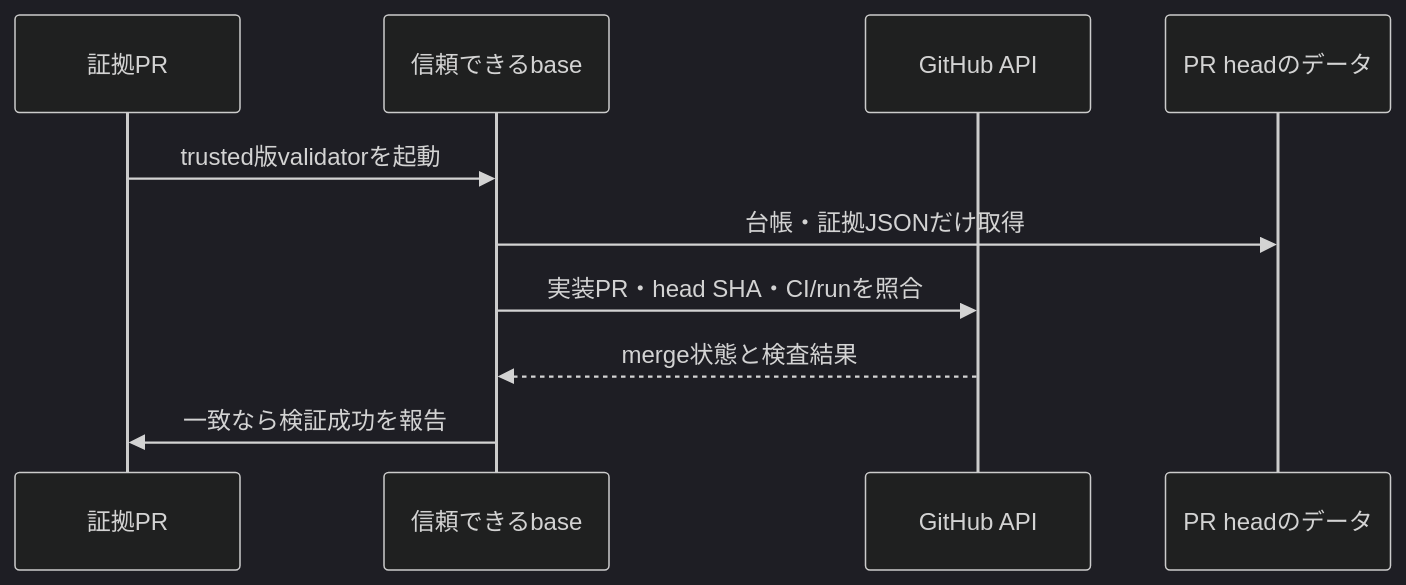
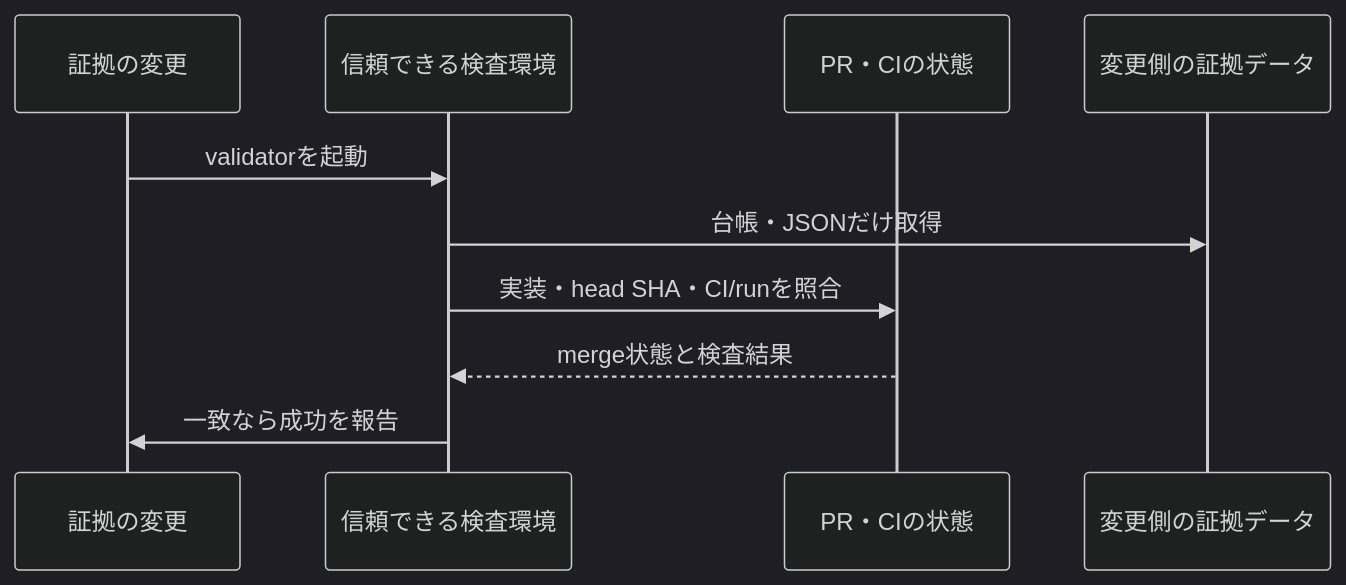
Before and after one commit to kenta-0420/mannschaft: the third of 4 diagrams in docs/articles/qiita-harness-engineering-retrospective.md, drawn with Mermaid (dark theme). The commit also changed other lines of this file, not shown here.

````diff
--- a/docs/articles/qiita-harness-engineering-retrospective.md
+++ b/docs/articles/qiita-harness-engineering-retrospective.md
@@ -91,12 +84,12 @@
 ```mermaid
 sequenceDiagram
-  participant PR as 証拠PR
-  participant Base as 信頼できるbase
-  participant API as GitHub API
-  participant Head as PR headのデータ
-  PR->>Base: trusted版validatorを起動
-  Base->>Head: 台帳・証拠JSONだけ取得
-  Base->>API: 実装PR・head SHA・CI/runを照合
+  participant PR as 証拠の変更
+  participant Base as 信頼できる検査環境
+  participant API as PR・CIの状態
+  participant Data as 変更側の証拠データ
+  PR->>Base: validatorを起動
+  Base->>Data: 台帳・JSONだけ取得
+  Base->>API: 実装・head SHA・CI/runを照合
   API-->>Base: merge状態と検査結果
-  Base->>PR: 一致なら検証成功を報告
+  Base->>PR: 一致なら成功を報告
 ```
````
